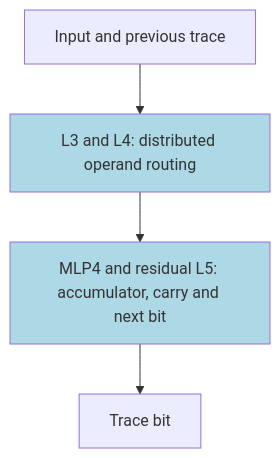
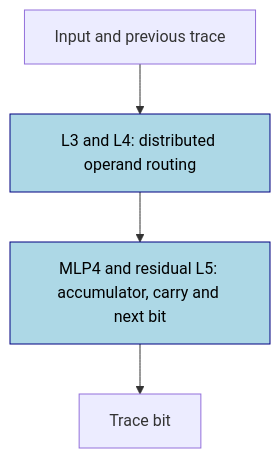
One commit to jc1122/mechanistic-interpretability-circuit-atlas changed the second of 2 diagrams in entries/integer-matvec.md. Above: the diagram before and after it, drawn with Mermaid. The commit also changed other lines of this file and 40 other files, not shown here.

First line of the commit message:
Cold-reader pass on all 41 entries: reading routes, first-screen scopes, accessible diagrams, verified headline sources (ux_reader1/2)

````diff
--- a/entries/integer-matvec.md
+++ b/entries/integer-matvec.md
@@ -131,8 +135,10 @@
 ```mermaid
 flowchart TD
+    accTitle: Trained matrix-vector scratchpad family
+    accDescr: Distributed routing feeds a last-layer accumulator, carry and next-bit code. The marked routing and readout are trained. The from-scratch formula fails substitution; PART has partial evidence on two complement-tested seeds only.
     X["Input and previous trace"] --> R["L3 and L4: distributed operand routing"]
     R --> M["MLP4 and residual L5: accumulator, carry and next bit"]
     M --> Y["Trace bit"]
-    classDef trained fill:lightblue
+    classDef trained fill:lightblue,stroke:navy,color:black
     class R,M trained
 ```
````
